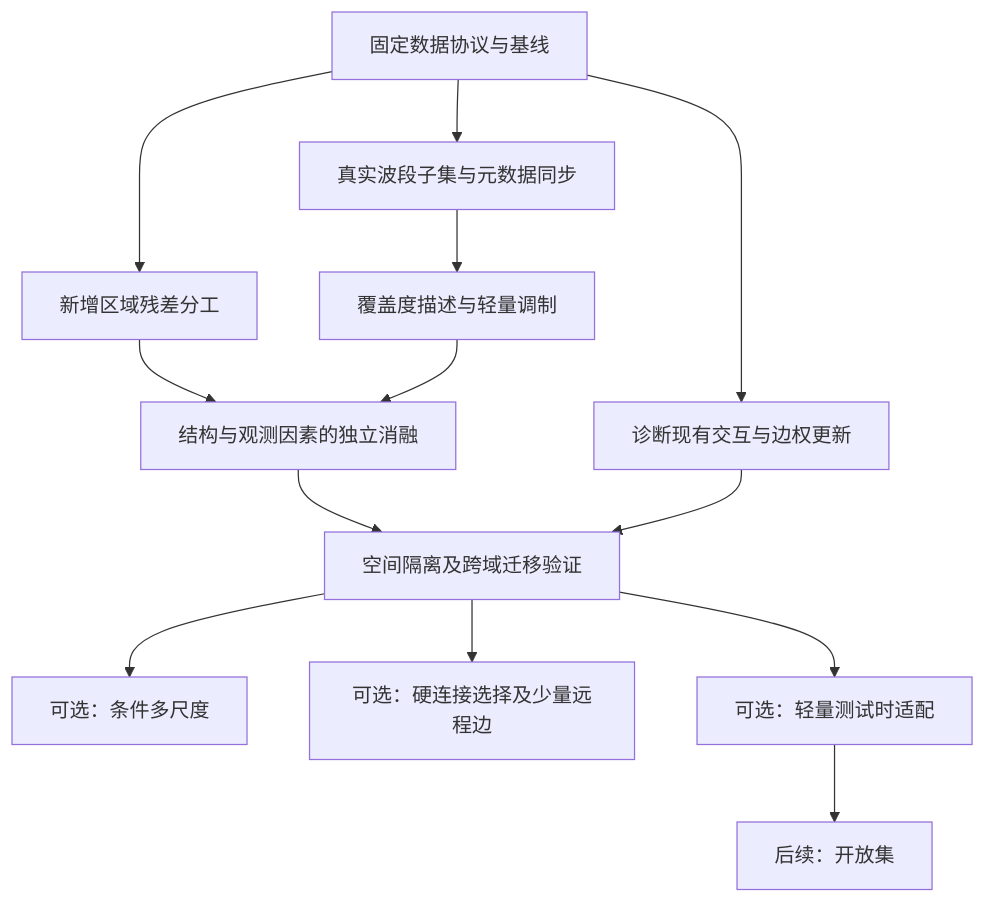
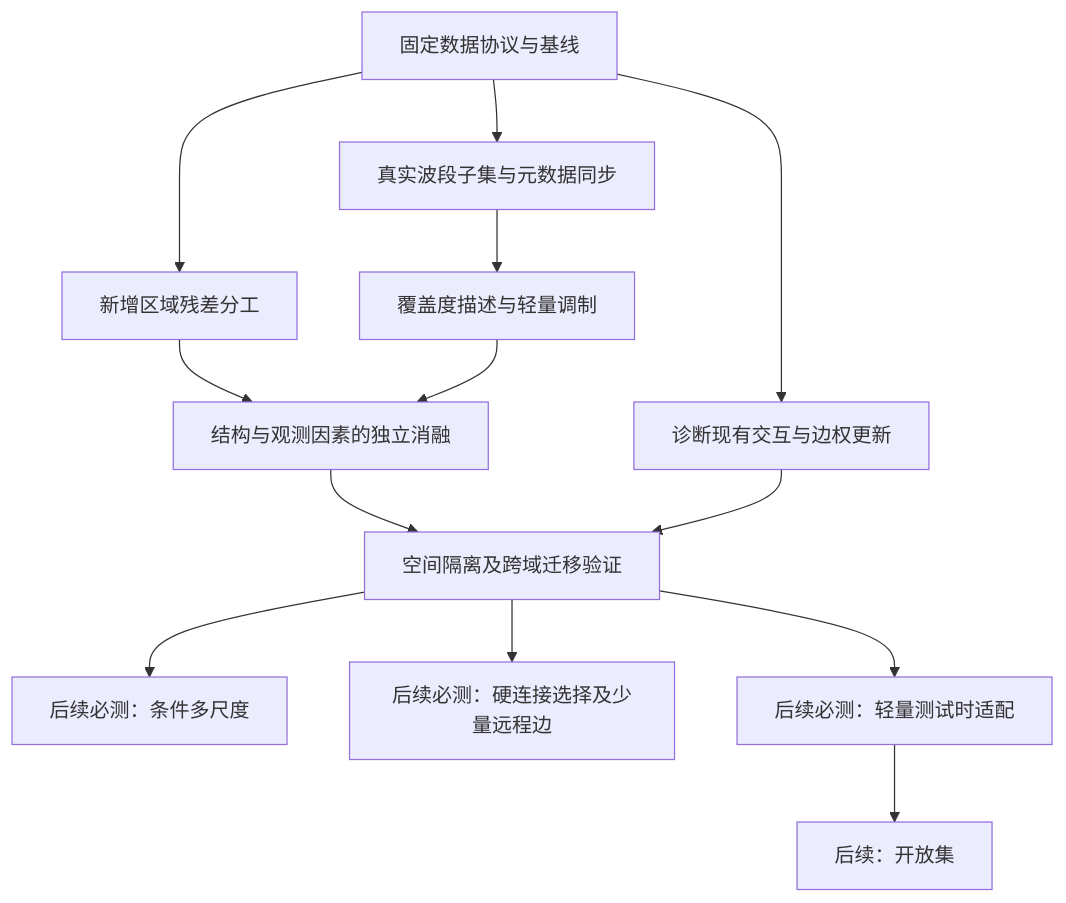
One commit to Pioneer271828/Hyperspectral-Image-Classification changed the diagram in research/研究内容整合与详细搭建测试计划_2026-10-28.md. Above: the diagram before and after it, drawn with Mermaid. The commit also changed other lines of this file and 2 other files, not shown here.

````diff
--- a/research/研究内容整合与详细搭建测试计划_2026-10-28.md
+++ b/research/研究内容整合与详细搭建测试计划_2026-10-28.md
@@ -389,15 +403,15 @@
 ```mermaid
 flowchart TD
     P0[固定数据协议与基线] --> I[诊断现有交互与边权更新]
     P0 --> R[新增区域残差分工]
     P0 --> B[真实波段子集与元数据同步]
     B --> C[覆盖度描述与轻量调制]
     R --> A[结构与观测因素的独立消融]
     C --> A
     A --> G[空间隔离及跨域迁移验证]
     I --> G
-    G --> S[可选：条件多尺度]
-    G --> T[可选：硬连接选择及少量远程边]
-    G --> U[可选：轻量测试时适配]
+    G --> S[后续必测：条件多尺度]
+    G --> T[后续必测：硬连接选择及少量远程边]
+    G --> U[后续必测：轻量测试时适配]
     U --> O[后续：开放集]
 ```
````
